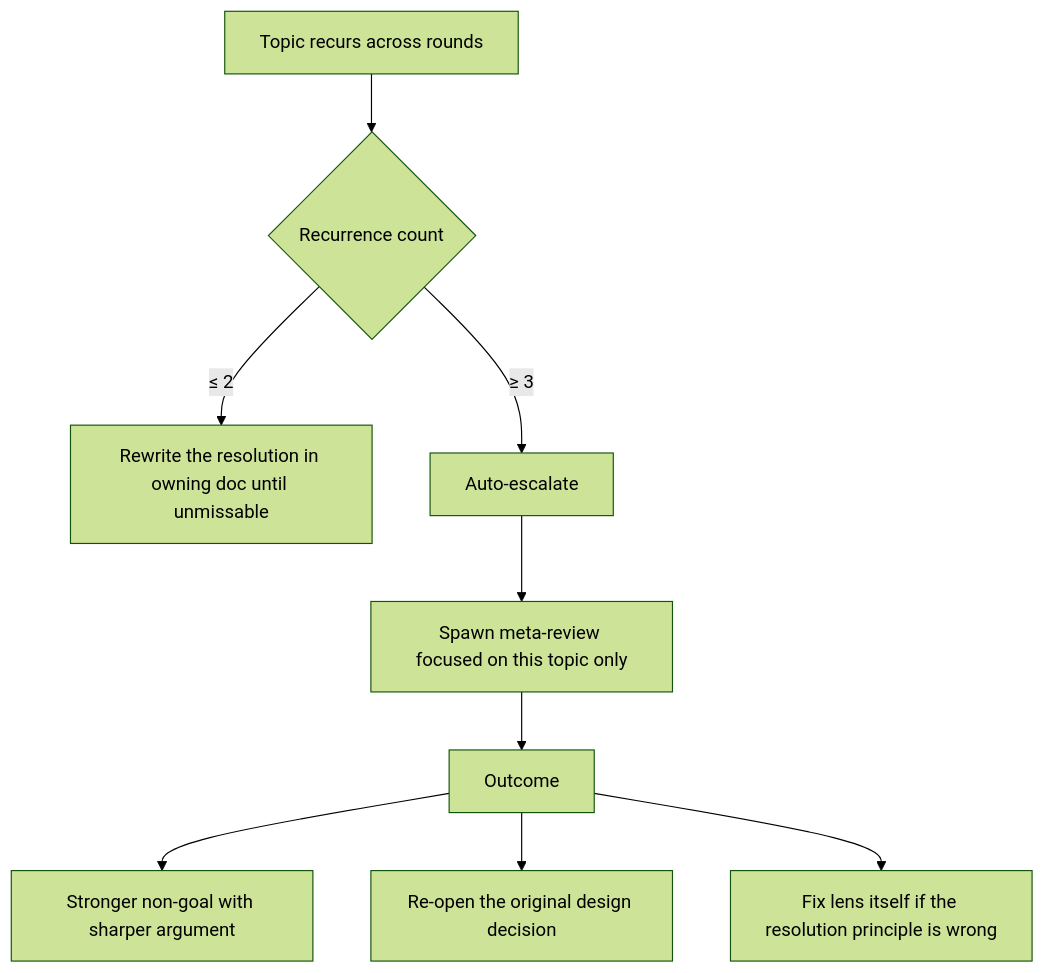
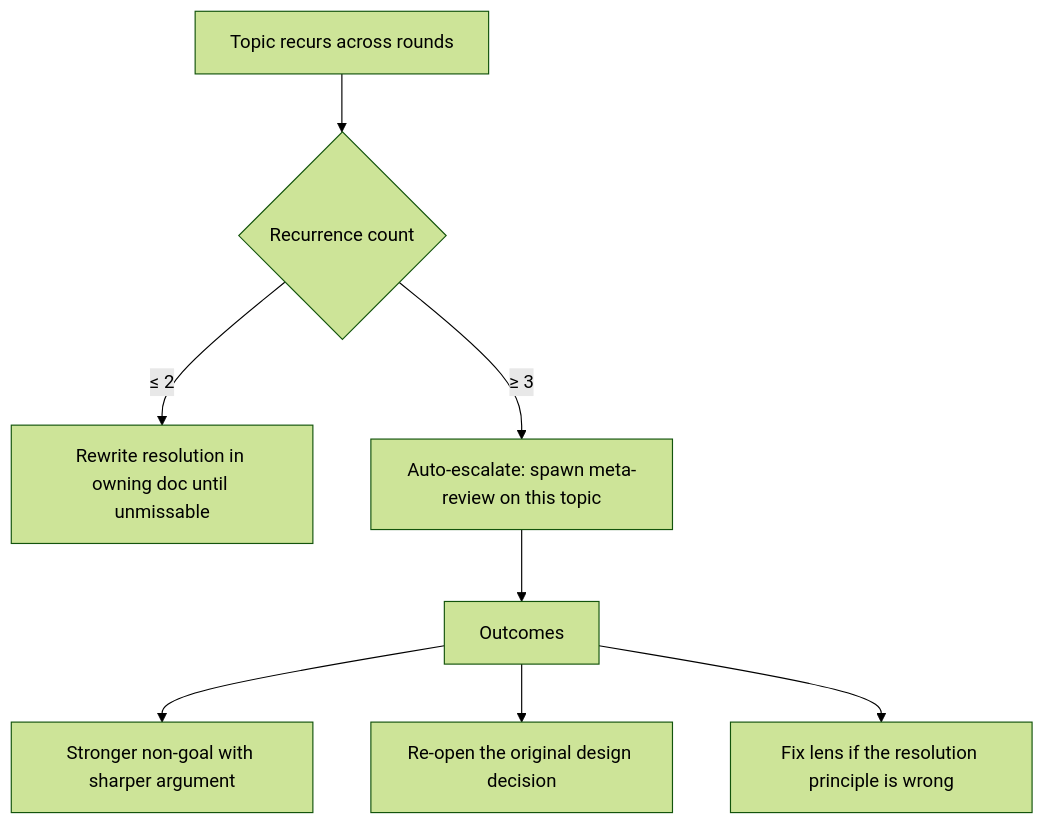
One commit to 1qh/lens changed the diagram in procedure/escalation.md. Above: the diagram before and after it, drawn with Mermaid (forest theme). The commit also changed other lines of this file and 14 other files, not shown here.

````diff
--- a/procedure/escalation.md
+++ b/procedure/escalation.md
@@ -7,12 +3,10 @@
 ```mermaid
 flowchart TD
-    Topic[Topic recurs across rounds]
-    Topic --> Count{Recurrence count}
-    Count -- "≤ 2" --> DocClarity[Rewrite the resolution in owning doc until unmissable]
-    Count -- "≥ 3" --> Escalate[Auto-escalate]
-    Escalate --> MetaReview[Spawn meta-review focused on this topic only]
-    MetaReview --> Outcome
-    Outcome --> StrongerNonGoal[Stronger non-goal with sharper argument]
-    Outcome --> RedesignDecision[Re-open the original design decision]
-    Outcome --> ProcessFix[Fix lens itself if the resolution principle is wrong]
+    Topic[Topic recurs across rounds] --> Count{Recurrence count}
+    Count -- "≤ 2" --> Clarity[Rewrite resolution in owning doc until unmissable]
+    Count -- "≥ 3" --> Meta[Auto-escalate: spawn meta-review on this topic]
+    Meta --> Outcomes
+    Outcomes --> Stronger[Stronger non-goal with sharper argument]
+    Outcomes --> Redesign[Re-open the original design decision]
+    Outcomes --> ProcessFix[Fix lens if the resolution principle is wrong]
 ```
````
